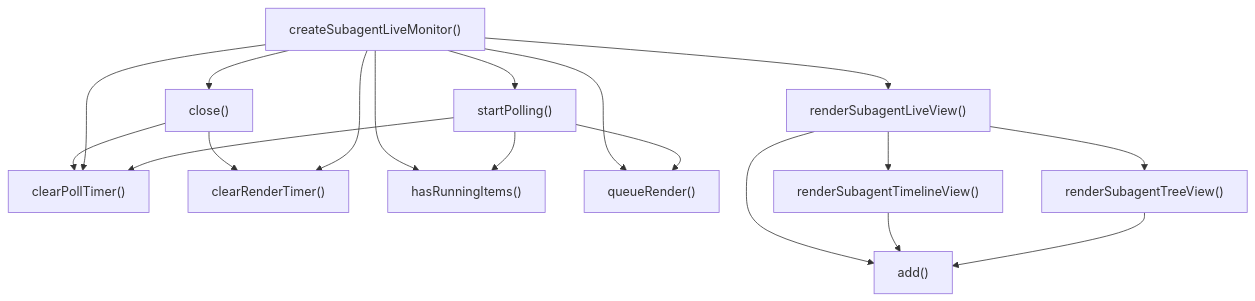
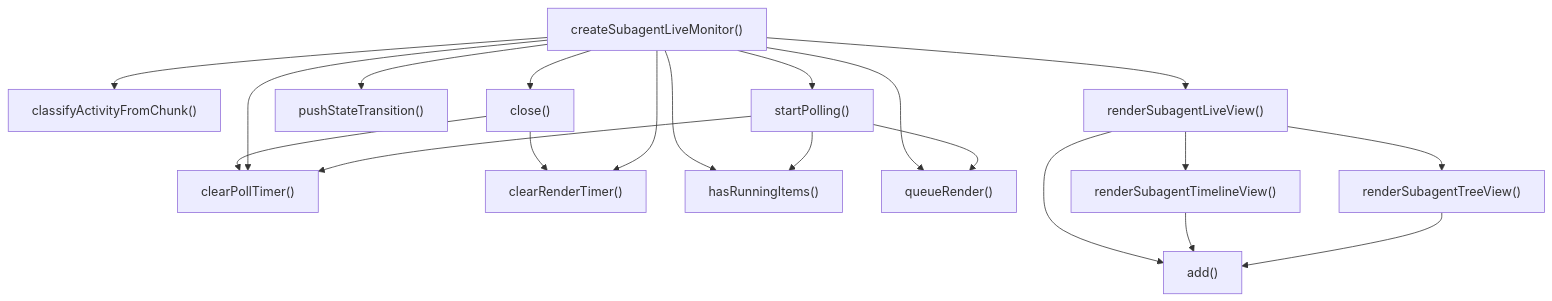
Before and after one commit to Mekann2904/mekann: the third of 4 diagrams in ABDD/.pi/extensions/subagents/live-monitor.md, drawn with Mermaid. The commit also changed other lines of this file and 189 other files, not shown here.

````diff
--- a/ABDD/.pi/extensions/subagents/live-monitor.md
+++ b/ABDD/.pi/extensions/subagents/live-monitor.md
@@ -72,31 +72,35 @@
 ```mermaid
 flowchart TD
   add["add()"]
+  classifyActivityFromChunk["classifyActivityFromChunk()"]
   clearPollTimer["clearPollTimer()"]
   clearRenderTimer["clearRenderTimer()"]
   close["close()"]
   createSubagentLiveMonitor["createSubagentLiveMonitor()"]
   hasRunningItems["hasRunningItems()"]
+  pushStateTransition["pushStateTransition()"]
   queueRender["queueRender()"]
   renderSubagentLiveView["renderSubagentLiveView()"]
   renderSubagentTimelineView["renderSubagentTimelineView()"]
   renderSubagentTreeView["renderSubagentTreeView()"]
   startPolling["startPolling()"]
   close --> clearPollTimer
   close --> clearRenderTimer
+  createSubagentLiveMonitor --> classifyActivityFromChunk
   createSubagentLiveMonitor --> clearPollTimer
   createSubagentLiveMonitor --> clearRenderTimer
   createSubagentLiveMonitor --> close
   createSubagentLiveMonitor --> hasRunningItems
+  createSubagentLiveMonitor --> pushStateTransition
   createSubagentLiveMonitor --> queueRender
   createSubagentLiveMonitor --> renderSubagentLiveView
   createSubagentLiveMonitor --> startPolling
   renderSubagentLiveView --> add
   renderSubagentLiveView --> renderSubagentTimelineView
   renderSubagentLiveView --> renderSubagentTreeView
   renderSubagentTimelineView --> add
   renderSubagentTreeView --> add
   startPolling --> clearPollTimer
   startPolling --> hasRunningItems
   startPolling --> queueRender
 ```
````
